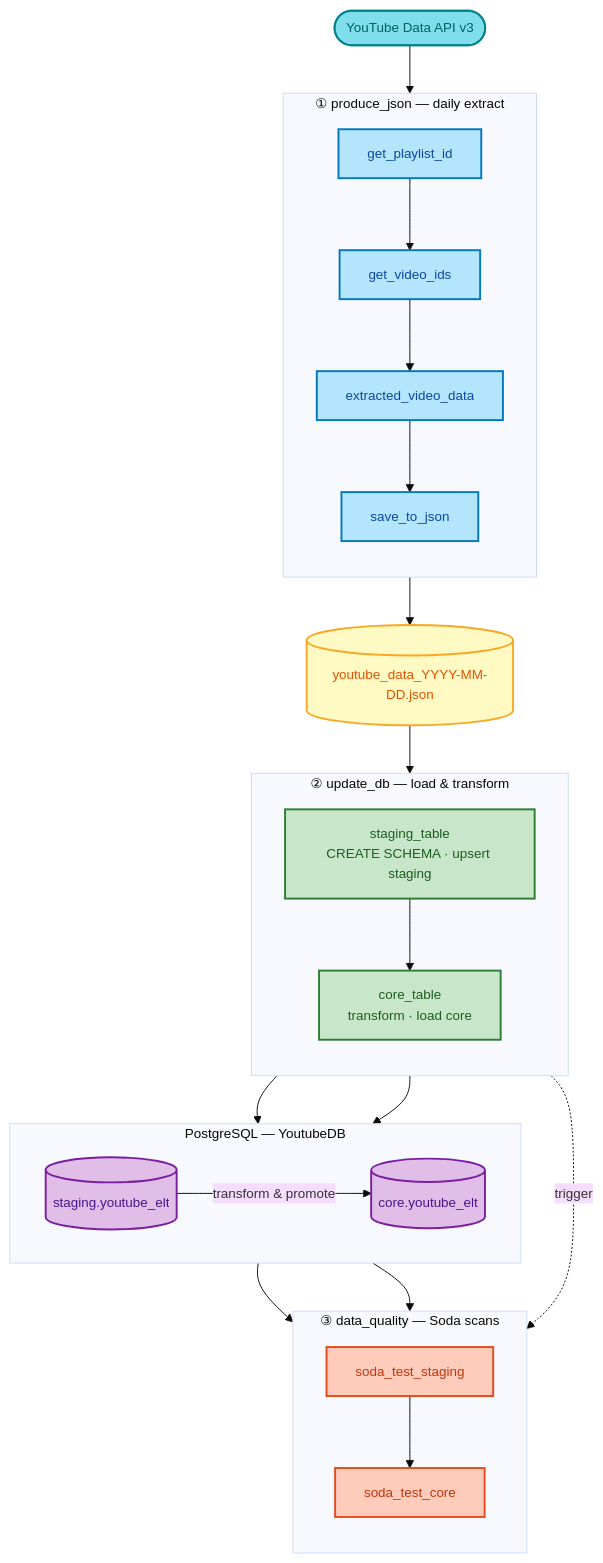
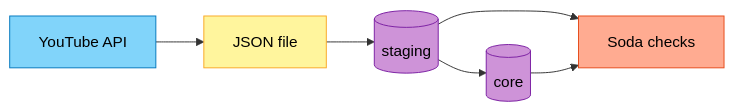
One commit to BenDatta/Youtube-ETL changed the diagram in README.md. Above: the diagram before and after it, drawn with Mermaid. The commit also changed other lines of this file and 11 other files, not shown here.

First line of the commit message:
Simplify README diagram and sync local project updates.

````diff
--- a/README.md
+++ b/README.md
@@ -22,62 +11,18 @@
 ```mermaid
-%%{init: {'theme': 'base', 'themeVariables': {'fontFamily': 'arial', 'fontSize': '14px'}}}%%
-flowchart TB
-    subgraph EXTRACT["① produce_json — daily extract"]
-        direction TB
-        T1["get_playlist_id"]
-        T2["get_video_ids"]
-        T3["extracted_video_data"]
-        T4["save_to_json"]
-        T1 --> T2 --> T3 --> T4
-    end
+flowchart LR
+  API[YouTube API] --> JSON[JSON file]
+  JSON --> STG[(staging)]
+  STG --> CORE[(core)]
+  STG --> SODA[Soda checks]
+  CORE --> SODA
 
-    JSON[("youtube_data_YYYY-MM-DD.json")]
-    T4 --> JSON
+  classDef api fill:#81D4FA,stroke:#0277BD,color:#000
+  classDef file fill:#FFF59D,stroke:#F9A825,color:#000
+  classDef db fill:#CE93D8,stroke:#7B1FA2,color:#000
+  classDef qa fill:#FFAB91,stroke:#E64A19,color:#000
 
-    subgraph LOAD["② update_db — load & transform"]
-        direction TB
-        T5["staging_table<br/>CREATE SCHEMA · upsert staging"]
-        T6["core_table<br/>transform · load core"]
-        T5 --> T6
-    end
-
-    JSON --> T5
-
-    subgraph DWH["PostgreSQL — YoutubeDB"]
-        direction LR
-        STG[("staging.youtube_elt")]
-        CORE[("core.youtube_elt")]
-        STG -->|"transform & promote"| CORE
-    end
-
-    T5 --> STG
-    T6 --> CORE
-
-    subgraph QUALITY["③ data_quality — Soda scans"]
-        direction TB
-        T7["soda_test_staging"]
-        T8["soda_test_core"]
-        T7 --> T8
-    end
-
-    T6 -.->|trigger| T7
-    STG --> T7
-    CORE --> T8
-
-    API(["YouTube Data API v3"])
-    API --> T1
-
-  classDef extract fill:#B3E5FC,stroke:#0277BD,stroke-width:2px,color:#0D47A1
-  classDef file fill:#FFF9C4,stroke:#F9A825,stroke-width:2px,color:#E65100
-  classDef load fill:#C8E6C9,stroke:#2E7D32,stroke-width:2px,color:#1B5E20
-  classDef db fill:#E1BEE7,stroke:#7B1FA2,stroke-width:2px,color:#4A148C
-  classDef quality fill:#FFCCBC,stroke:#E64A19,stroke-width:2px,color:#BF360C
-  classDef source fill:#80DEEA,stroke:#00838F,stroke-width:2px,color:#006064
-
-  class T1,T2,T3,T4 extract
+  class API api
   class JSON file
-  class T5,T6 load
   class STG,CORE db
-  class T7,T8 quality
-  class API source
+  class SODA qa
 ```
````
